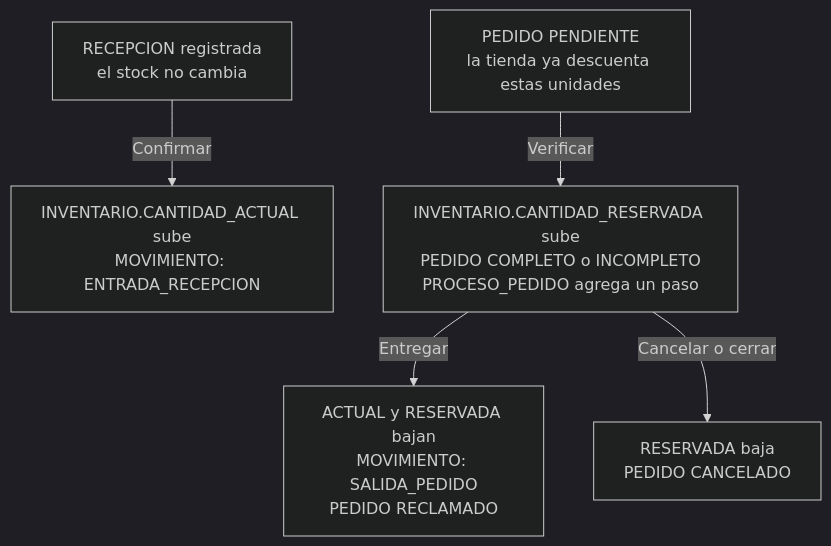
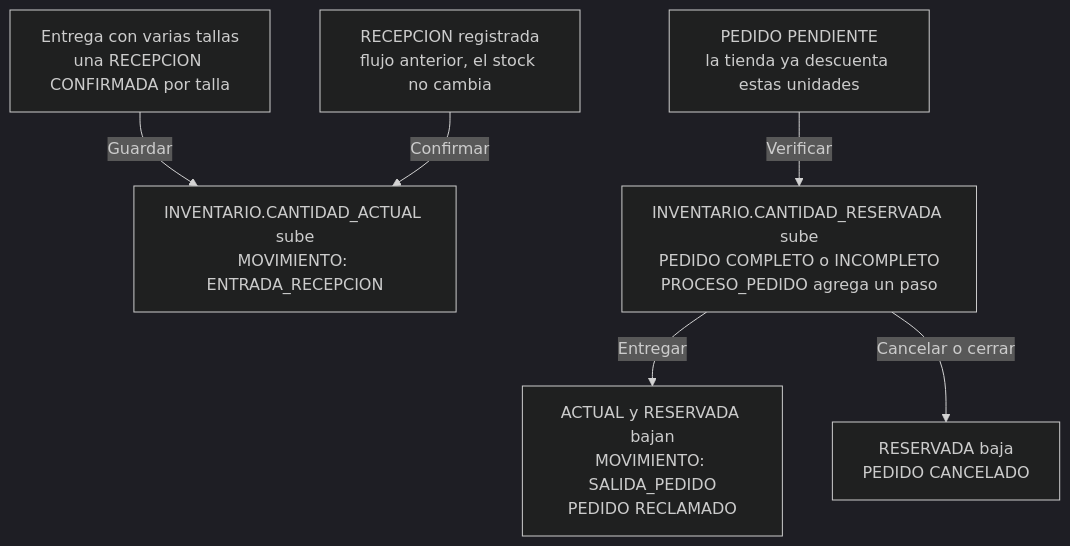
One commit to PPI-2026-2/PPI changed the second of 2 diagrams in docs/database/modelo-de-datos.md. Above: the diagram before and after it, drawn with Mermaid (dark theme). The commit also changed 32 other files, not shown here.

First line of the commit message:
feat: validación de formularios, contraseñas seguras y recepción con varias tallas

````diff
--- a/docs/database/modelo-de-datos.md
+++ b/docs/database/modelo-de-datos.md
@@ -34,7 +34,8 @@
 ```mermaid
 flowchart TD
-    R["RECEPCION registrada<br/>el stock no cambia"] -->|Confirmar| I["INVENTARIO.CANTIDAD_ACTUAL sube<br/>MOVIMIENTO: ENTRADA_RECEPCION"]
+    D["Entrega con varias tallas<br/>una RECEPCION CONFIRMADA por talla"] -->|Guardar| I["INVENTARIO.CANTIDAD_ACTUAL sube<br/>MOVIMIENTO: ENTRADA_RECEPCION"]
+    R["RECEPCION registrada<br/>flujo anterior, el stock no cambia"] -->|Confirmar| I
     P["PEDIDO PENDIENTE<br/>la tienda ya descuenta estas unidades"] -->|Verificar| V["INVENTARIO.CANTIDAD_RESERVADA sube<br/>PEDIDO COMPLETO o INCOMPLETO<br/>PROCESO_PEDIDO agrega un paso"]
     V -->|Entregar| E["ACTUAL y RESERVADA bajan<br/>MOVIMIENTO: SALIDA_PEDIDO<br/>PEDIDO RECLAMADO"]
     V -->|Cancelar o cerrar| C["RESERVADA baja<br/>PEDIDO CANCELADO"]
 ```
````
